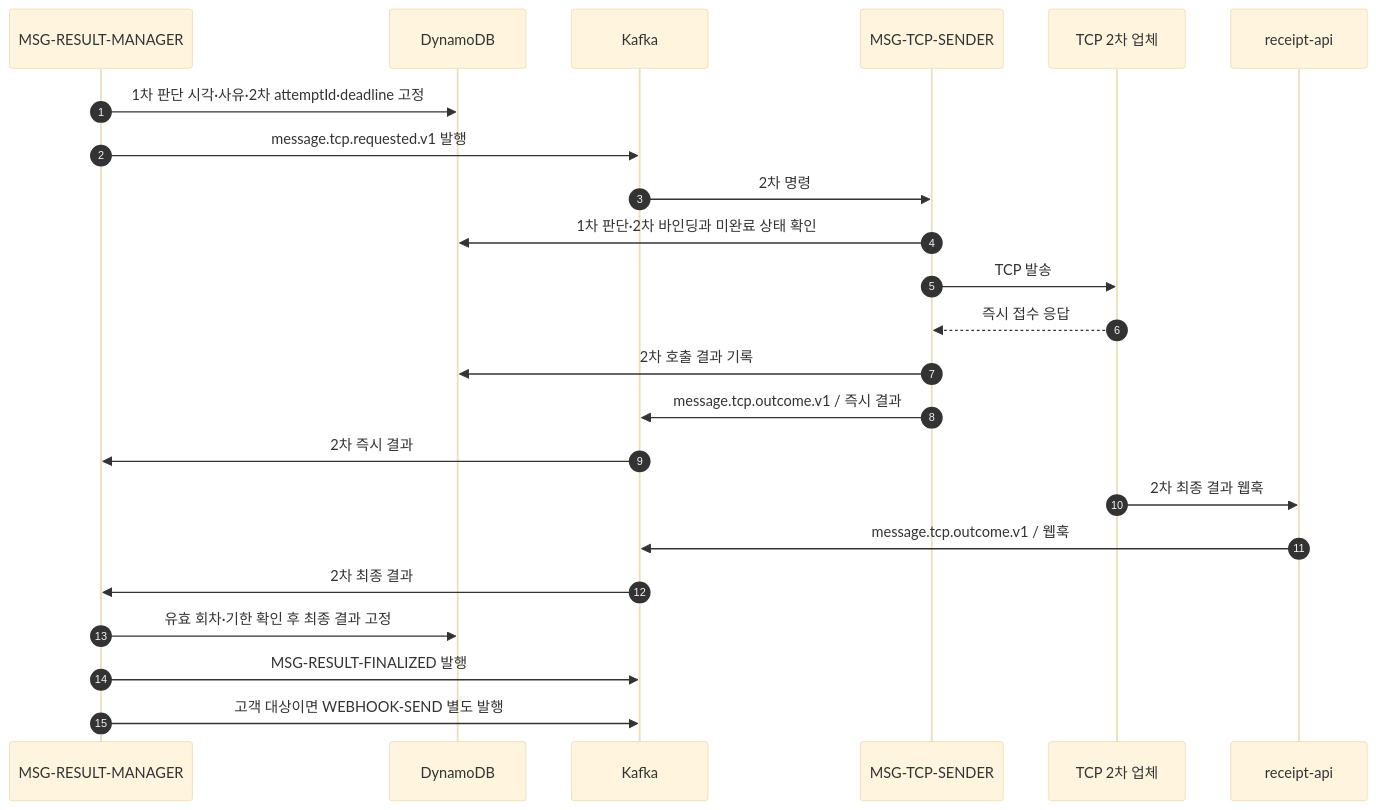
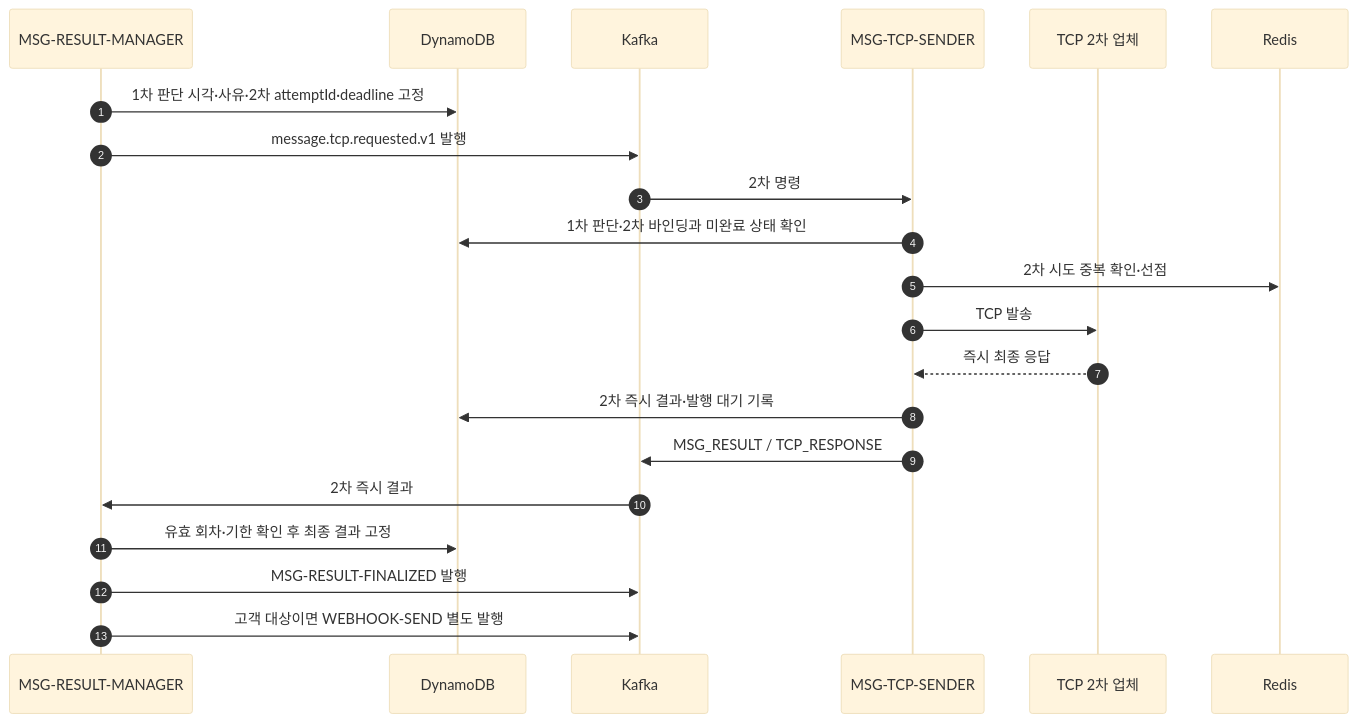
Before and after one commit to hyun-seung/High-throughput-event-platform: the ninth of 10 diagrams in docs/53-신규-메시지-케이스별-Call-Flow.md, drawn with Mermaid (base theme). The commit also changed other lines of this file and 21 other files, not shown here.

````diff
--- a/docs/53-신규-메시지-케이스별-Call-Flow.md
+++ b/docs/53-신규-메시지-케이스별-Call-Flow.md
@@ -322,25 +323,23 @@
 ```mermaid
 sequenceDiagram
     autonumber
     participant M as MSG-RESULT-MANAGER
     participant D as DynamoDB
     participant K as Kafka
     participant T as MSG-TCP-SENDER
     participant P as TCP 2차 업체
-    participant W as receipt-api
+    participant R as Redis
     M->>D: 1차 판단 시각·사유·2차 attemptId·deadline 고정
     M->>K: message.tcp.requested.v1 발행
     K->>T: 2차 명령
     T->>D: 1차 판단·2차 바인딩과 미완료 상태 확인
+    T->>R: 2차 시도 중복 확인·선점
     T->>P: TCP 발송
-    P-->>T: 즉시 접수 응답
-    T->>D: 2차 호출 결과 기록
-    T->>K: message.tcp.outcome.v1 / 즉시 결과
+    P-->>T: 즉시 최종 응답
+    T->>D: 2차 즉시 결과·발행 대기 기록
+    T->>K: MSG_RESULT / TCP_RESPONSE
     K->>M: 2차 즉시 결과
-    P->>W: 2차 최종 결과 웹훅
-    W->>K: message.tcp.outcome.v1 / 웹훅
-    K->>M: 2차 최종 결과
     M->>D: 유효 회차·기한 확인 후 최종 결과 고정
     M->>K: MSG-RESULT-FINALIZED 발행
     M->>K: 고객 대상이면 WEBHOOK-SEND 별도 발행
 ```
````
